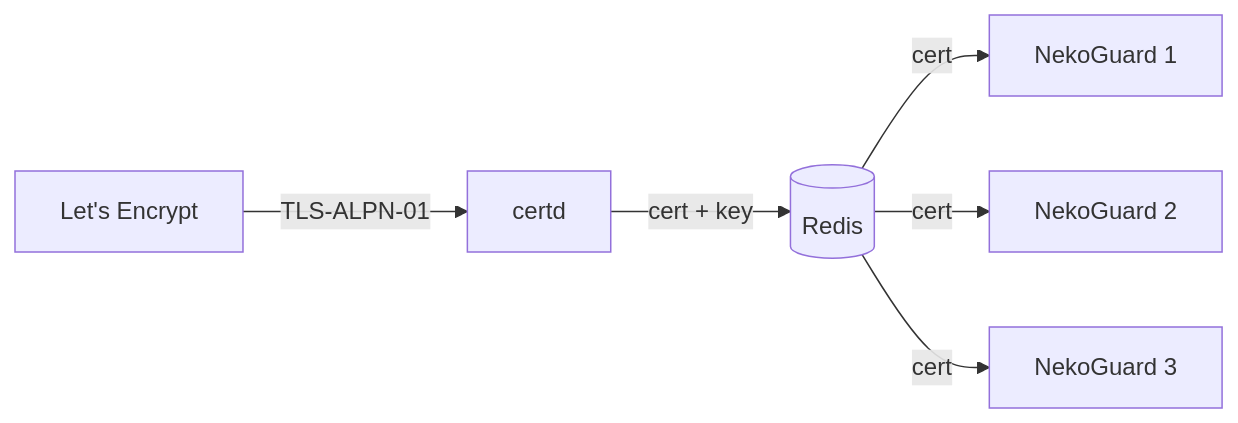
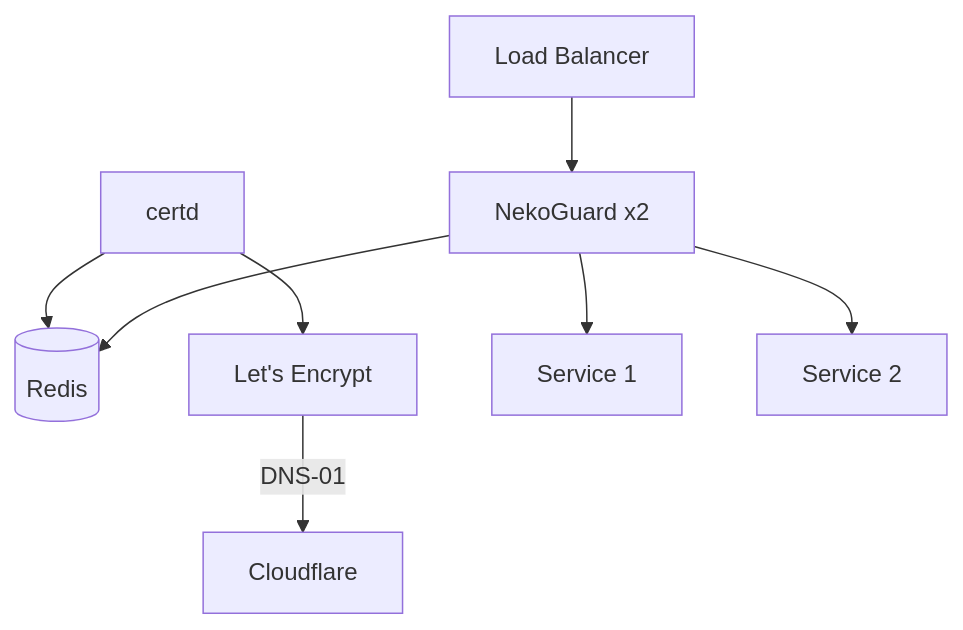
The third of 3 diagrams in README.md (rawnullbyte/NekoGuard), drawn with Mermaid before and after one commit. The commit also changed other lines of this file and 18 other files, not shown here.

````diff
--- a/README.md
+++ b/README.md
@@ -306,8 +426,10 @@
 ```mermaid
-flowchart LR
-    LE[Let's Encrypt] -->|TLS-ALPN-01| CD[certd]
-    CD -->|cert + key| Redis[(Redis)]
-    Redis -->|cert| NG1[NekoGuard 1]
-    Redis -->|cert| NG2[NekoGuard 2]
-    Redis -->|cert| NG3[NekoGuard 3]
+flowchart TB
+    LB[Load Balancer] --> NG[NekoGuard x2]
+    NG --> Redis[(Redis)]
+    CD[certd] --> Redis
+    CD --> LE[Let's Encrypt]
+    LE -->|DNS-01| CF[Cloudflare]
+    NG --> B1[Service 1]
+    NG --> B2[Service 2]
 ```
````
